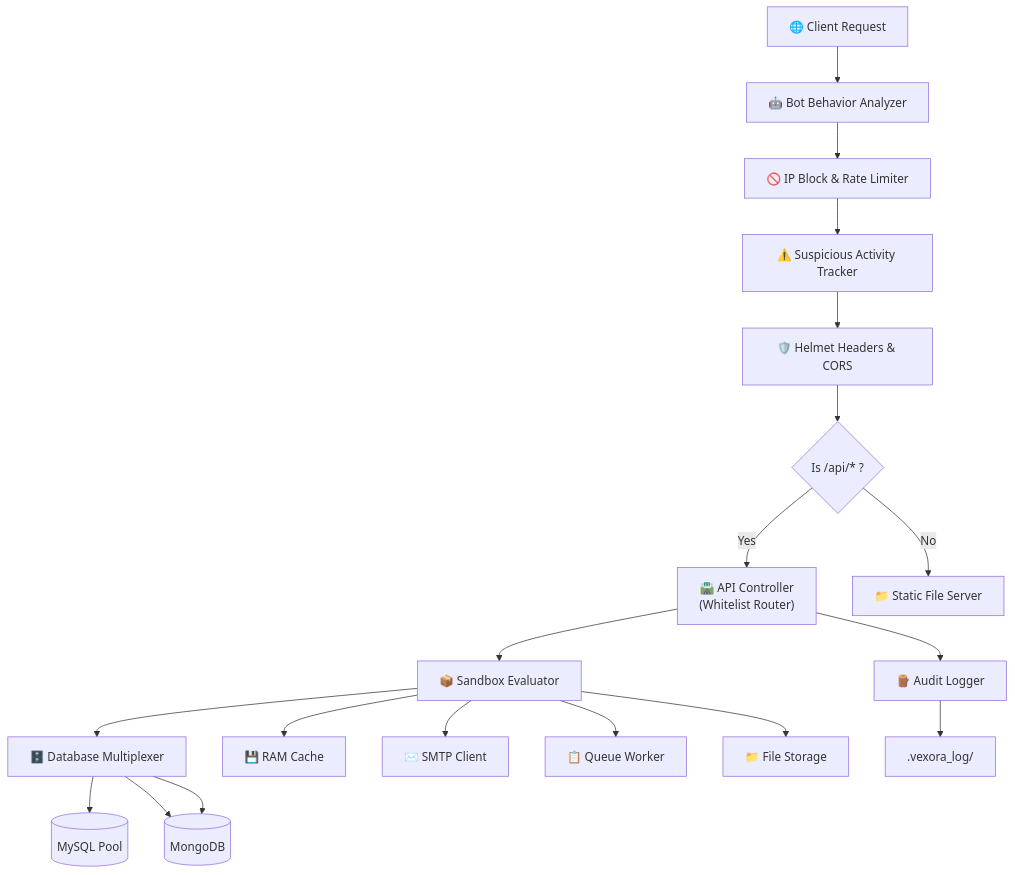
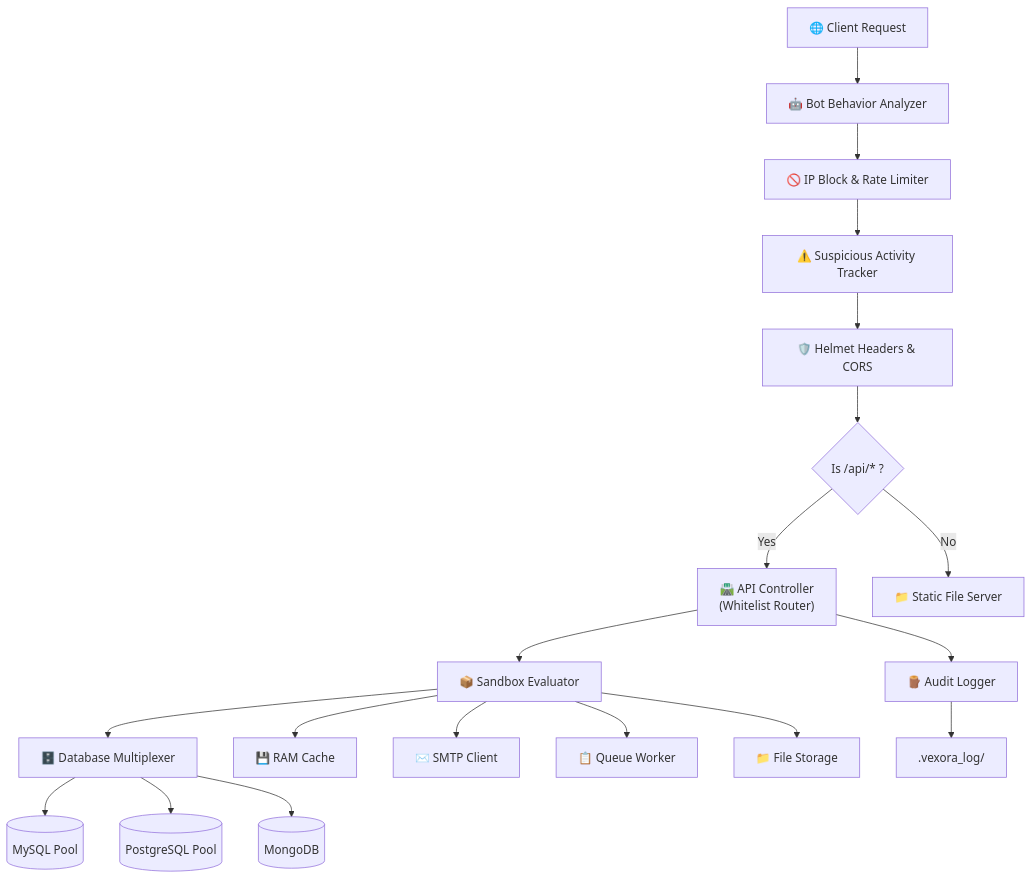
The diagram in README.md (Satyam9725/vexora), drawn with Mermaid before and after one commit.

````diff
--- a/README.md
+++ b/README.md
@@ -286,21 +286,21 @@
 ```mermaid
 graph TD
     Client["🌐 Client Request"] --> BotShield["🤖 Bot Behavior Analyzer"]
     BotShield --> IPGuard["🚫 IP Block & Rate Limiter"]
     IPGuard --> SuspiciousTracker["⚠️ Suspicious Activity Tracker"]
     SuspiciousTracker --> SecurityHeaders["🛡️ Helmet Headers & CORS"]
     SecurityHeaders --> RouteDecision{"Is /api/* ?"}
     RouteDecision -->|Yes| ApiController["🛣️ API Controller<br/>(Whitelist Router)"]
     RouteDecision -->|No| StaticServer["📁 Static File Server"]
     ApiController --> Sandbox["📦 Sandbox Evaluator"]
     Sandbox --> DB["🗄️ Database Multiplexer"]
     Sandbox --> Cache["💾 RAM Cache"]
     Sandbox --> Mail["✉️ SMTP Client"]
     Sandbox --> Queue["📋 Queue Worker"]
     Sandbox --> Storage["📁 File Storage"]
     DB --> MySQL[("MySQL Pool")]
     DB --> PG[("PostgreSQL Pool")]
-    DB --> PG[("MongoDB")]
+    DB --> MongoDB[("MongoDB")]
     ApiController --> Logger["🪵 Audit Logger"]
     Logger --> Disk[".vexora_log/"]
 ```
````
